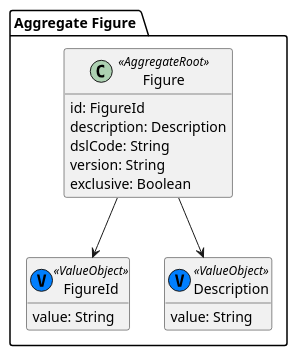
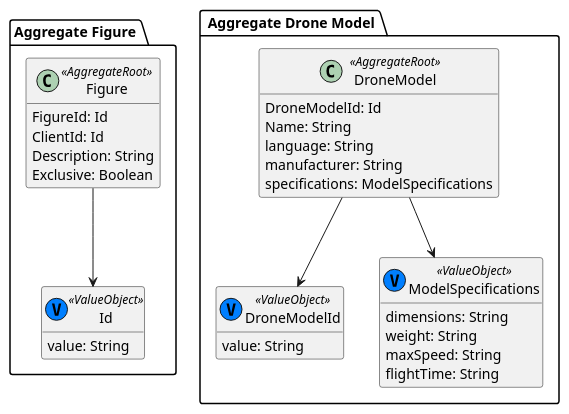
Before and after one commit to HenriqueSilva18/Drone-Show-Management-System: the diagram in docs/us_110/subDomains/domains/aggregate_figure.puml, drawn with PlantUML. The commit also changed 10 other files, not shown here.

```diff
--- a/docs/us_110/subDomains/domains/aggregate_figure.puml
+++ b/docs/us_110/subDomains/domains/aggregate_figure.puml
@@ -1,28 +1,50 @@
 @startuml
 hide methods
 
 package "Aggregate Figure " {
 
     ' Agregado Figure (Aggregate Root)
     class Figure <<AggregateRoot>> {
-        id: FigureId
-        description: Description
-        dslCode: String
-        version: String
-        exclusive: Boolean
+        FigureId: Id
+        ClientId: Id
+        Description: String
+        Exclusive: Boolean
     }
 
     ' Value Objects relacionados
-    class FigureId <<(V, #007fff) ValueObject>> {
-        value: String
-    }
-
-    class Description <<(V, #007fff) ValueObject>> {
+    class Id <<(V, #007fff) ValueObject>> {
         value: String
     }
 
     ' Ligações
-    Figure --> FigureId
-    Figure --> Description
+    Figure --> Id
+}
+
+package " Aggregate Drone Model " {
+
+    ' Agregado DroneModel (Aggregate Root)
+    class DroneModel <<AggregateRoot>> {
+        DroneModelId: Id
+        Name: String
+        language: String
+        manufacturer: String
+        specifications: ModelSpecifications
+    }
+
+    ' Value Objects associados
+    class DroneModelId <<(V, #007fff) ValueObject>> {
+        value: String
+    }
+
+    class ModelSpecifications <<(V, #007fff) ValueObject>> {
+        dimensions: String
+        weight: String
+        maxSpeed: String
+        flightTime: String
+    }
+
+    ' Ligações
+    DroneModel --> DroneModelId
+    DroneModel --> ModelSpecifications
 }
 @enduml
```
